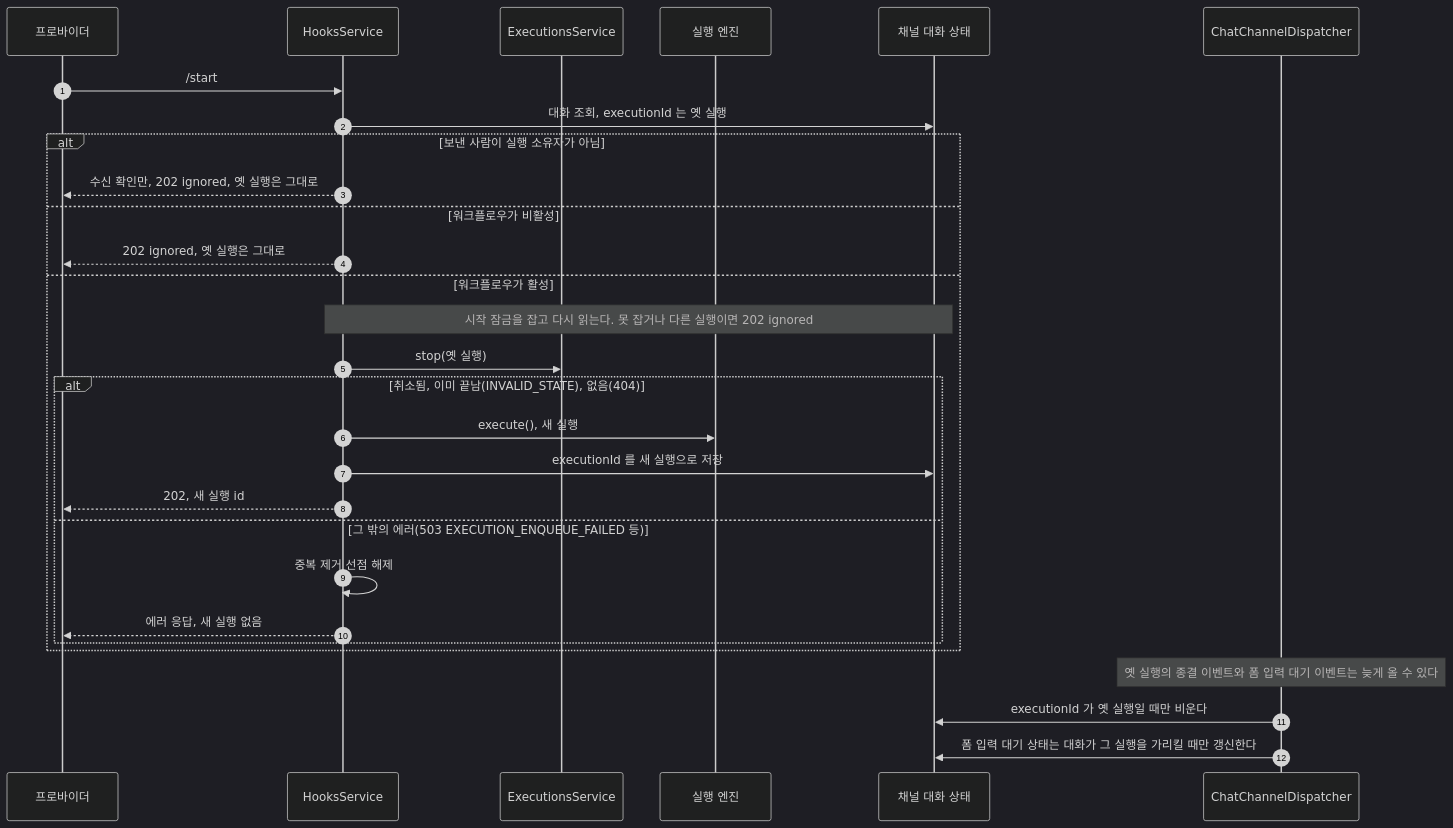
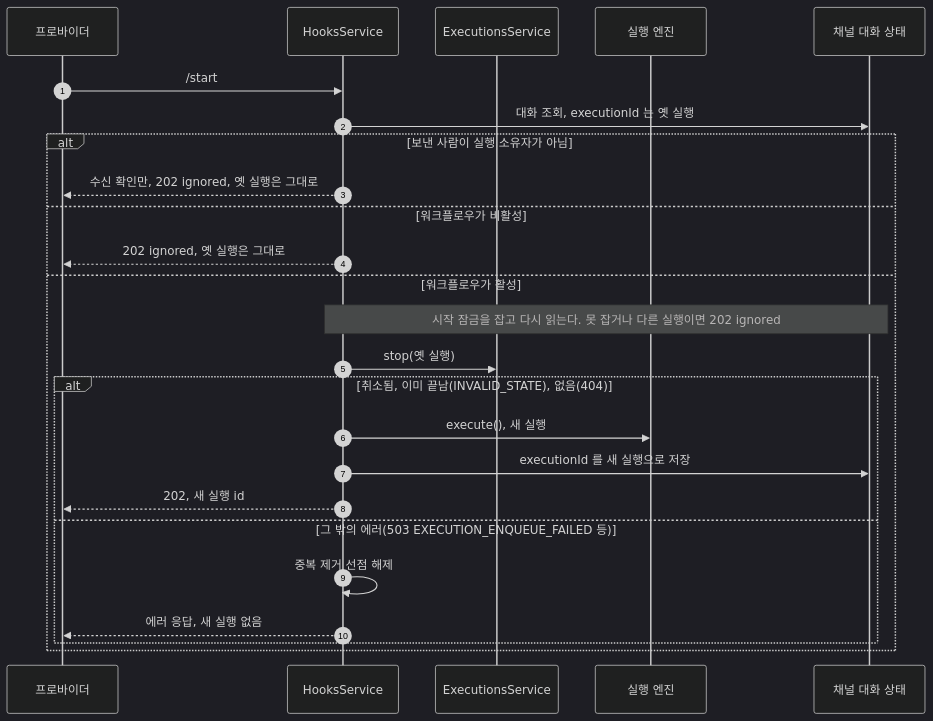
The second of 2 diagrams in spec/CLE-CHAT/CLE-CHAT-CORE-FLOW.md (worker-ants/clemvion), drawn with Mermaid (dark theme) before and after one commit. The commit also changed other lines of this file and 13 other files, not shown here.

````diff
--- a/spec/CLE-CHAT/CLE-CHAT-CORE-FLOW.md
+++ b/spec/CLE-CHAT/CLE-CHAT-CORE-FLOW.md
@@ -87,31 +87,27 @@
 ```mermaid
 sequenceDiagram
   autonumber
   participant P as 프로바이더
   participant H as HooksService
   participant X as ExecutionsService
   participant E as 실행 엔진
   participant C as 채널 대화 상태
-  participant D as ChatChannelDispatcher
   P->>H: /start
   H->>C: 대화 조회, executionId 는 옛 실행
   alt 보낸 사람이 실행 소유자가 아님
     H-->>P: 수신 확인만, 202 ignored, 옛 실행은 그대로
   else 워크플로우가 비활성
     H-->>P: 202 ignored, 옛 실행은 그대로
   else 워크플로우가 활성
     Note over H,C: 시작 잠금을 잡고 다시 읽는다. 못 잡거나 다른 실행이면 202 ignored
     H->>X: stop(옛 실행)
     alt 취소됨, 이미 끝남(INVALID_STATE), 없음(404)
       H->>E: execute(), 새 실행
       H->>C: executionId 를 새 실행으로 저장
       H-->>P: 202, 새 실행 id
     else 그 밖의 에러(503 EXECUTION_ENQUEUE_FAILED 등)
       H->>H: 중복 제거 선점 해제
       H-->>P: 에러 응답, 새 실행 없음
     end
   end
-  Note over D: 옛 실행의 종결 이벤트와 폼 입력 대기 이벤트는 늦게 올 수 있다
-  D->>C: executionId 가 옛 실행일 때만 비운다
-  D->>C: 폼 입력 대기 상태는 대화가 그 실행을 가리킬 때만 갱신한다
 ```
````
